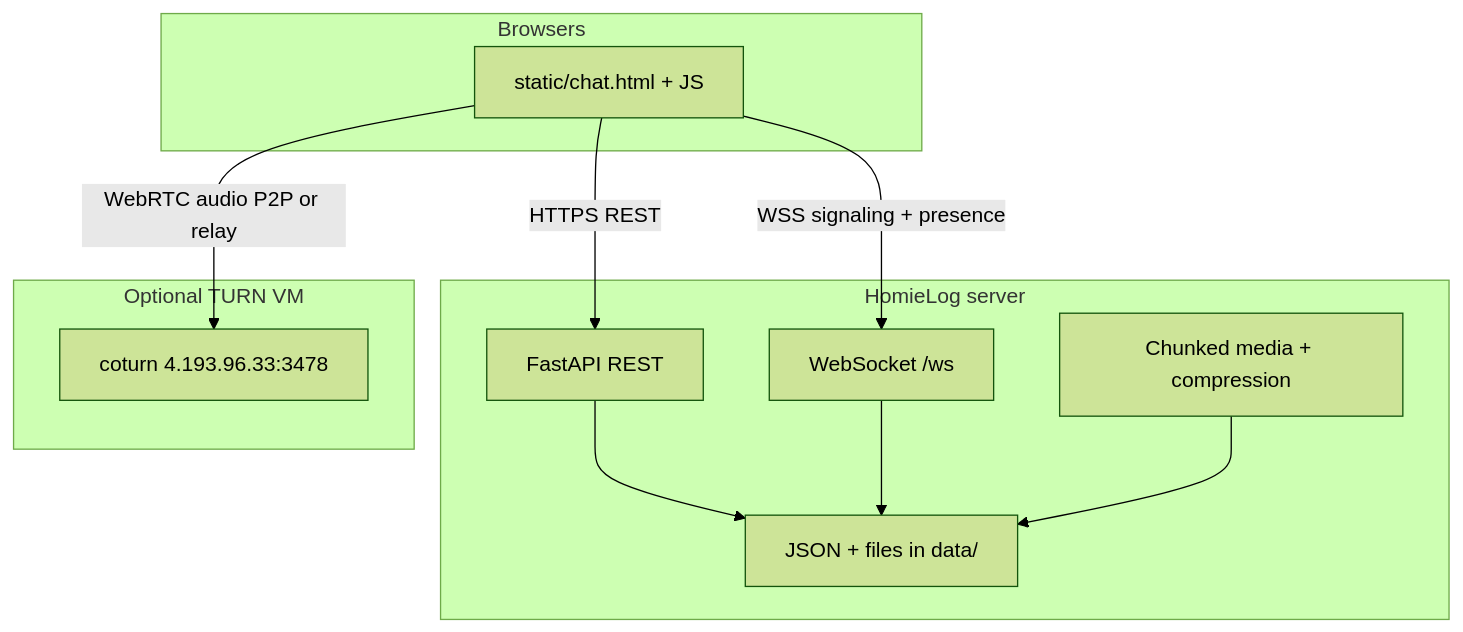
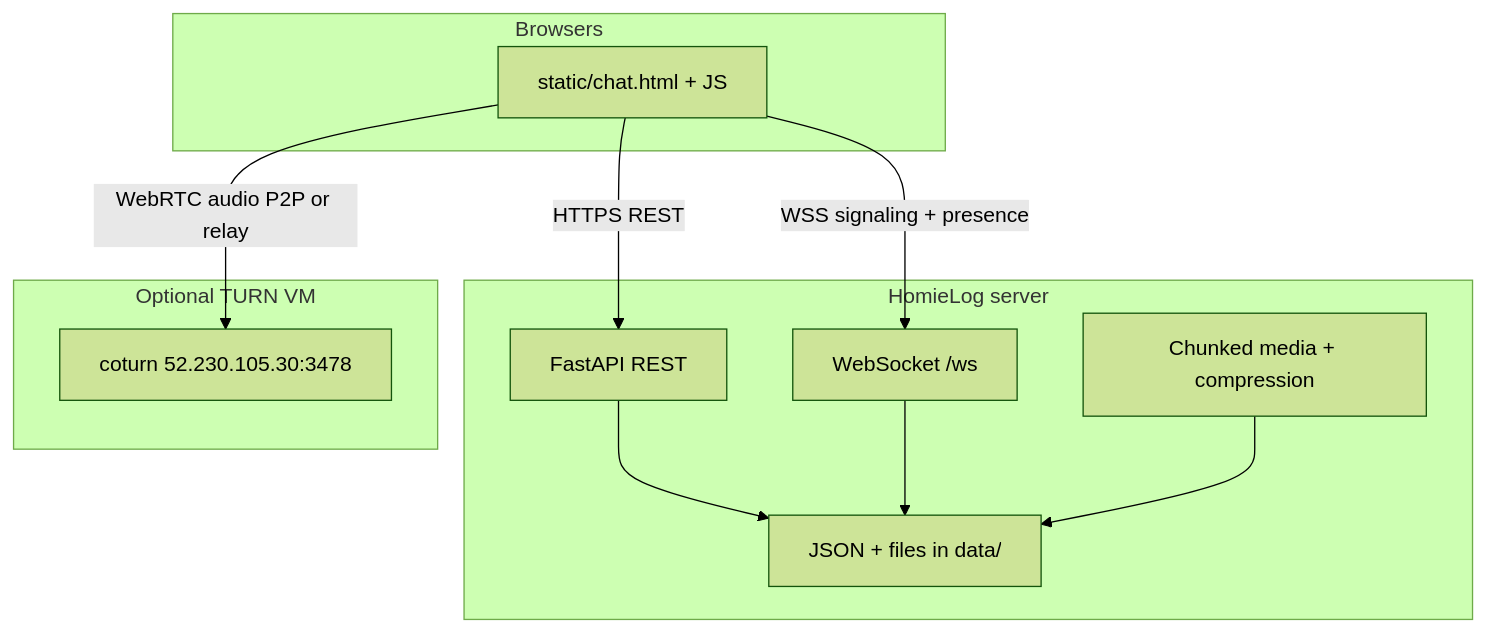
Before and after one commit to sayuru-j/homies-collection: the diagram in DOCUMENTATION.md, drawn with Mermaid (forest theme). The commit also changed other lines of this file and 7 other files, not shown here.

````diff
--- a/DOCUMENTATION.md
+++ b/DOCUMENTATION.md
@@ -62,24 +62,24 @@
 ```mermaid
 flowchart TB
   subgraph clients [Browsers]
     Web[static/chat.html + JS]
   end
 
   subgraph server [HomieLog server]
     API[FastAPI REST]
     WS[WebSocket /ws]
     Media[Chunked media + compression]
     Store[JSON + files in data/]
   end
 
   subgraph turn [Optional TURN VM]
-    Coturn[coturn 4.193.96.33:3478]
+    Coturn[coturn 52.230.105.30:3478]
   end
 
   Web -->|HTTPS REST| API
   Web -->|WSS signaling + presence| WS
   Web -->|WebRTC audio P2P or relay| Coturn
   API --> Store
   WS --> Store
   Media --> Store
 ```
````
